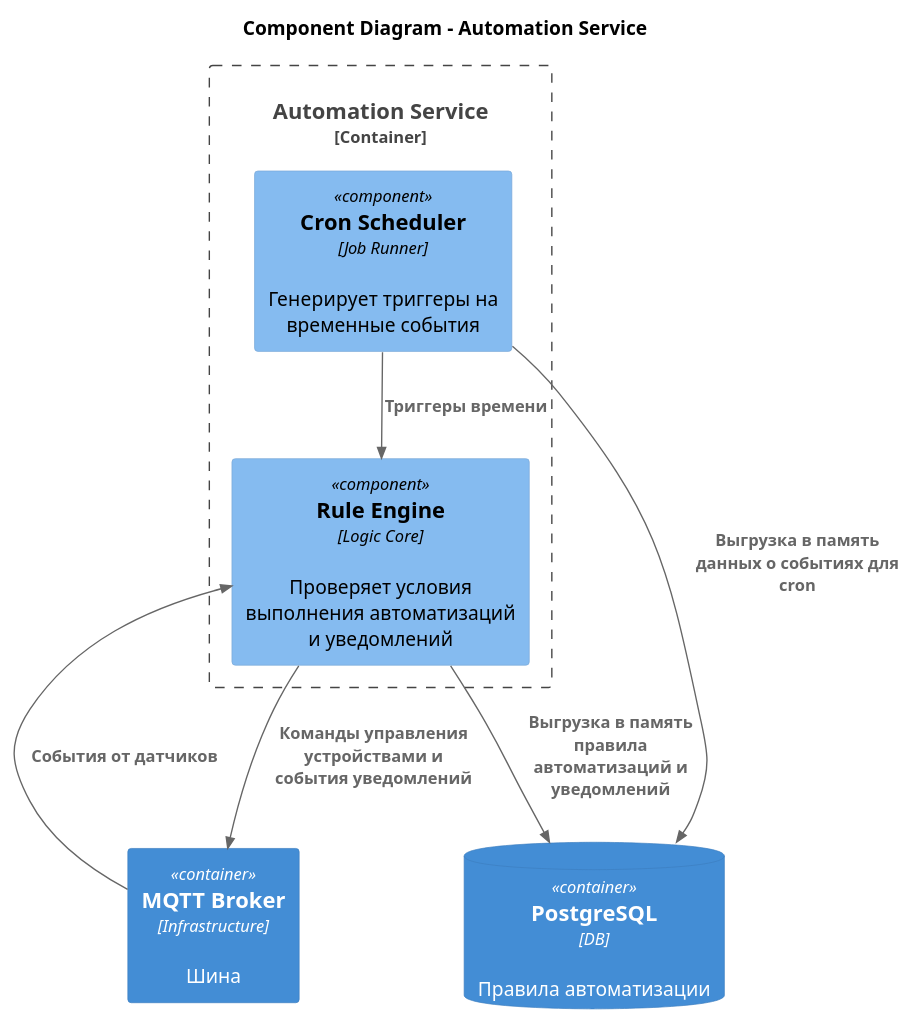
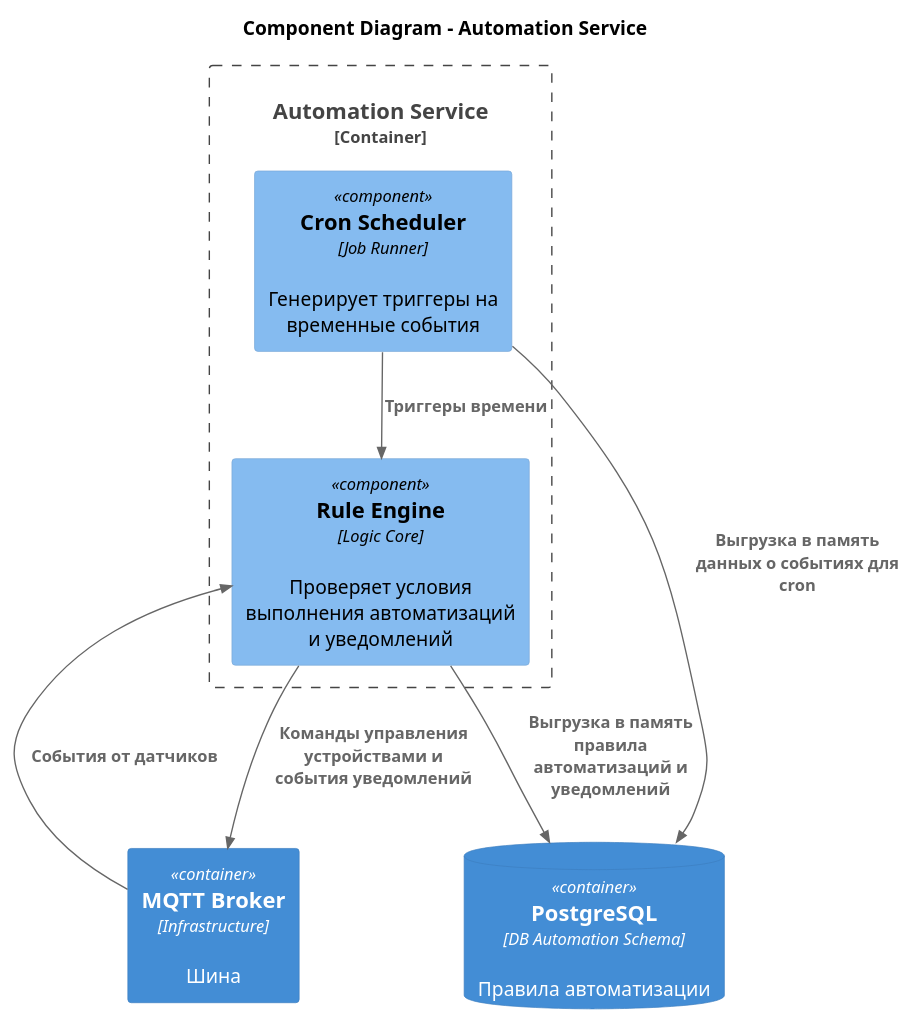
Before and after one commit to kalancha/architecture-course: the diagram in architecture-warmhouse/apps/diagrams/AutomationServiceComponent.puml, drawn with PlantUML. The commit also changed 23 other files, not shown here.

```diff
--- a/architecture-warmhouse/apps/diagrams/AutomationServiceComponent.puml
+++ b/architecture-warmhouse/apps/diagrams/AutomationServiceComponent.puml
@@ -1,24 +1,24 @@
 @startuml
 !include https://raw.githubusercontent.com/plantuml-stdlib/C4-PlantUML/master/C4_Component.puml
 
 title Component Diagram - Automation Service
 
 Container(broker, "MQTT Broker", "Infrastructure", "Шина")
-ContainerDb(db, "PostgreSQL", "DB", "Правила автоматизации")
+ContainerDb(db, "PostgreSQL", "DB Automation Schema", "Правила автоматизации")
 
 Container_Boundary(automation, "Automation Service") {
     Component(rule_engine, "Rule Engine", "Logic Core", "Проверяет условия выполнения автоматизаций и уведомлений")
 
     Component(scheduler, "Cron Scheduler", "Job Runner", "Генерирует триггеры на временные события")
 }
 
 Rel(broker, rule_engine, "События от датчиков")
 
 Rel(scheduler, rule_engine, "Триггеры времени")
 
 Rel(rule_engine, db, "Выгрузка в память правила автоматизаций и уведомлений")
 Rel(scheduler, db, "Выгрузка в память данных о событиях для cron")
 
 Rel(rule_engine, broker, "Команды управления устройствами и события уведомлений")
 
 @enduml
```
